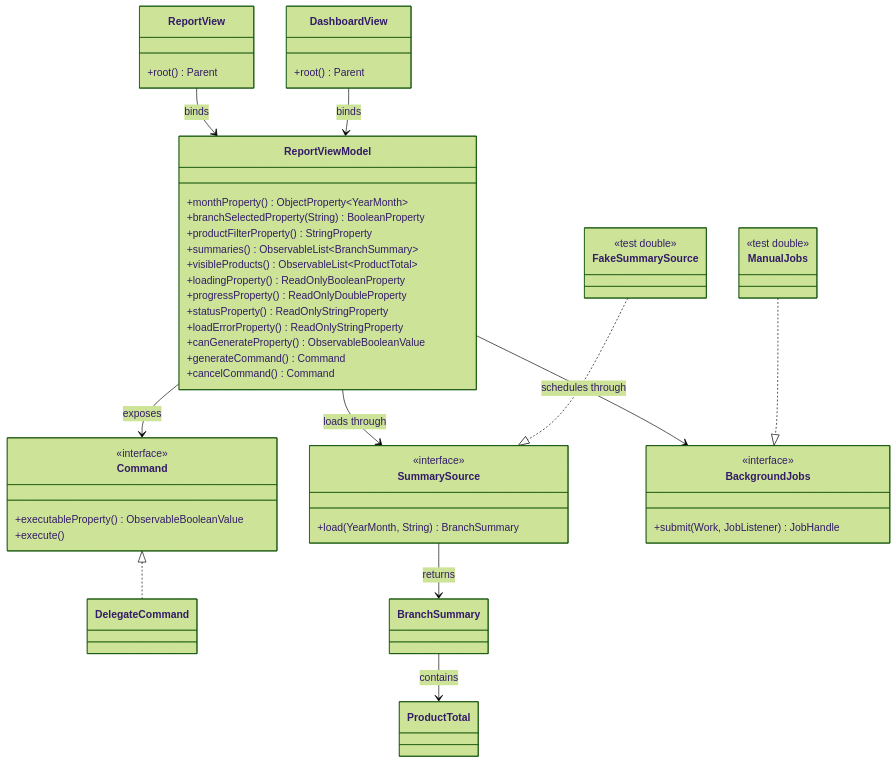
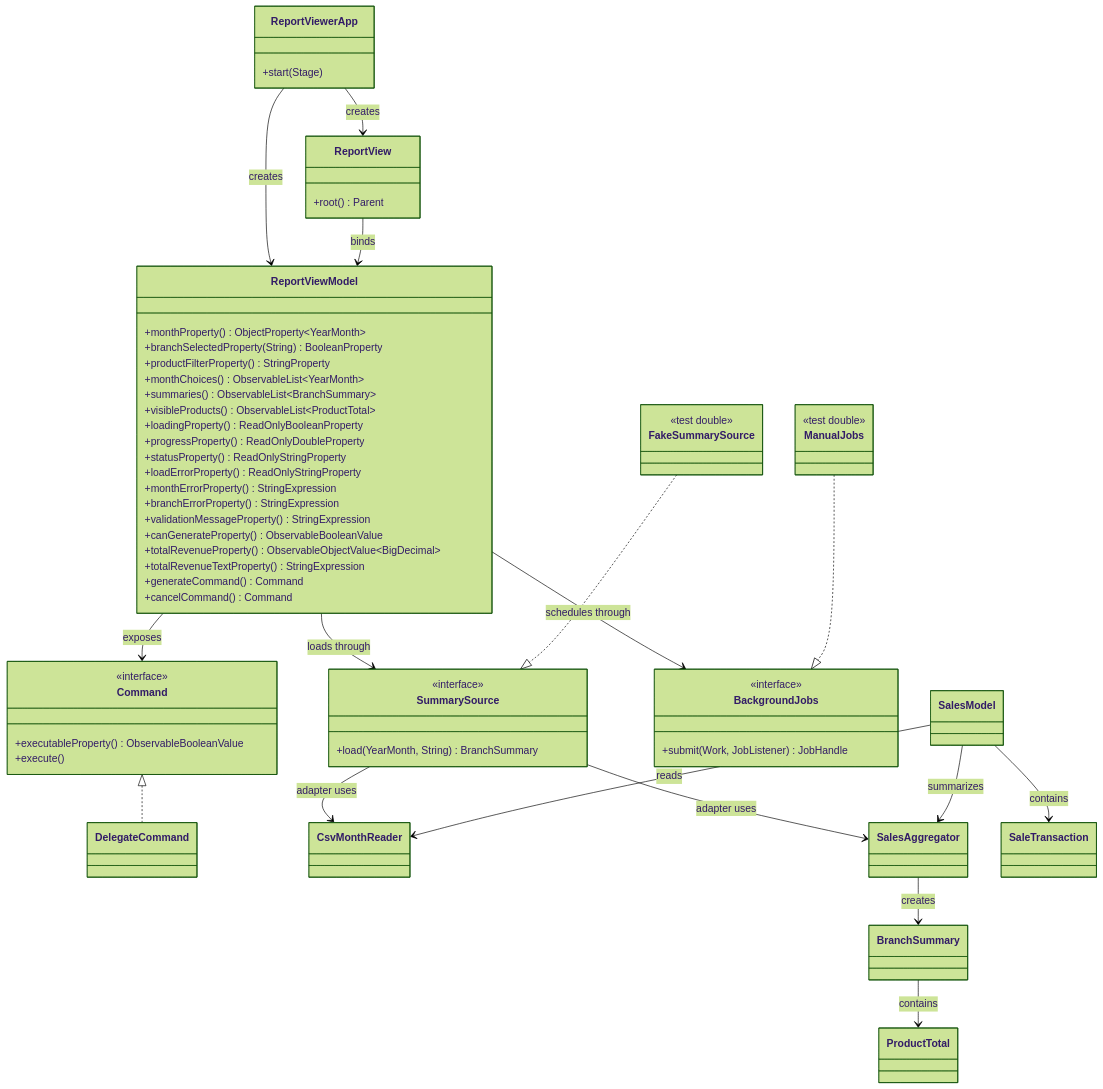
One commit to kongsophanha98/sales-report-Team4 changed the diagram in lab03/viewmodel-design.md. Above: the diagram before and after it, drawn with Mermaid (forest theme). The commit also changed other lines of this file, not shown here.

Commit message:
Complete Task 1 ViewModel design diagram

````diff
--- a/lab03/viewmodel-design.md
+++ b/lab03/viewmodel-design.md
@@ -49,51 +49,67 @@
 ```mermaid
 classDiagram
     class ReportView { +root() Parent }
-    class DashboardView { +root() Parent }
+    class ReportViewerApp { +start(Stage) }
     class ReportViewModel {
       +monthProperty() ObjectProperty~YearMonth~
       +branchSelectedProperty(String) BooleanProperty
       +productFilterProperty() StringProperty
+      +monthChoices() ObservableList~YearMonth~
       +summaries() ObservableList~BranchSummary~
       +visibleProducts() ObservableList~ProductTotal~
       +loadingProperty() ReadOnlyBooleanProperty
       +progressProperty() ReadOnlyDoubleProperty
       +statusProperty() ReadOnlyStringProperty
       +loadErrorProperty() ReadOnlyStringProperty
+      +monthErrorProperty() StringExpression
+      +branchErrorProperty() StringExpression
+      +validationMessageProperty() StringExpression
       +canGenerateProperty() ObservableBooleanValue
+      +totalRevenueProperty() ObservableObjectValue~BigDecimal~
+      +totalRevenueTextProperty() StringExpression
       +generateCommand() Command
       +cancelCommand() Command
     }
     class Command {
       <<interface>>
       +executableProperty() ObservableBooleanValue
       +execute()
     }
     class DelegateCommand
     class SummarySource {
       <<interface>>
       +load(YearMonth, String) BranchSummary
     }
     class BackgroundJobs {
       <<interface>>
       +submit(Work, JobListener) JobHandle
     }
+    class SalesModel
+    class CsvMonthReader
+    class SalesAggregator
+    class SaleTransaction
     class BranchSummary
     class ProductTotal
     class ManualJobs {
       <<test double>>
     }
     class FakeSummarySource {
       <<test double>>
     }
+    ReportViewerApp --> ReportView : creates
+    ReportViewerApp --> ReportViewModel : creates
     ReportView --> ReportViewModel : binds
-    DashboardView --> ReportViewModel : binds
     ReportViewModel --> SummarySource : loads through
     ReportViewModel --> BackgroundJobs : schedules through
     ReportViewModel --> Command : exposes
     Command <|.. DelegateCommand
-    SummarySource --> BranchSummary : returns
+    SummarySource --> CsvMonthReader : adapter uses
+    SummarySource --> SalesAggregator : adapter uses
+    SalesModel --> CsvMonthReader : reads
+    SalesModel --> SalesAggregator : summarizes
+    SalesModel --> SaleTransaction : contains
+    SalesAggregator --> BranchSummary : creates
     BranchSummary --> ProductTotal : contains
     ManualJobs ..|> BackgroundJobs
     FakeSummarySource ..|> SummarySource
 ```
````
